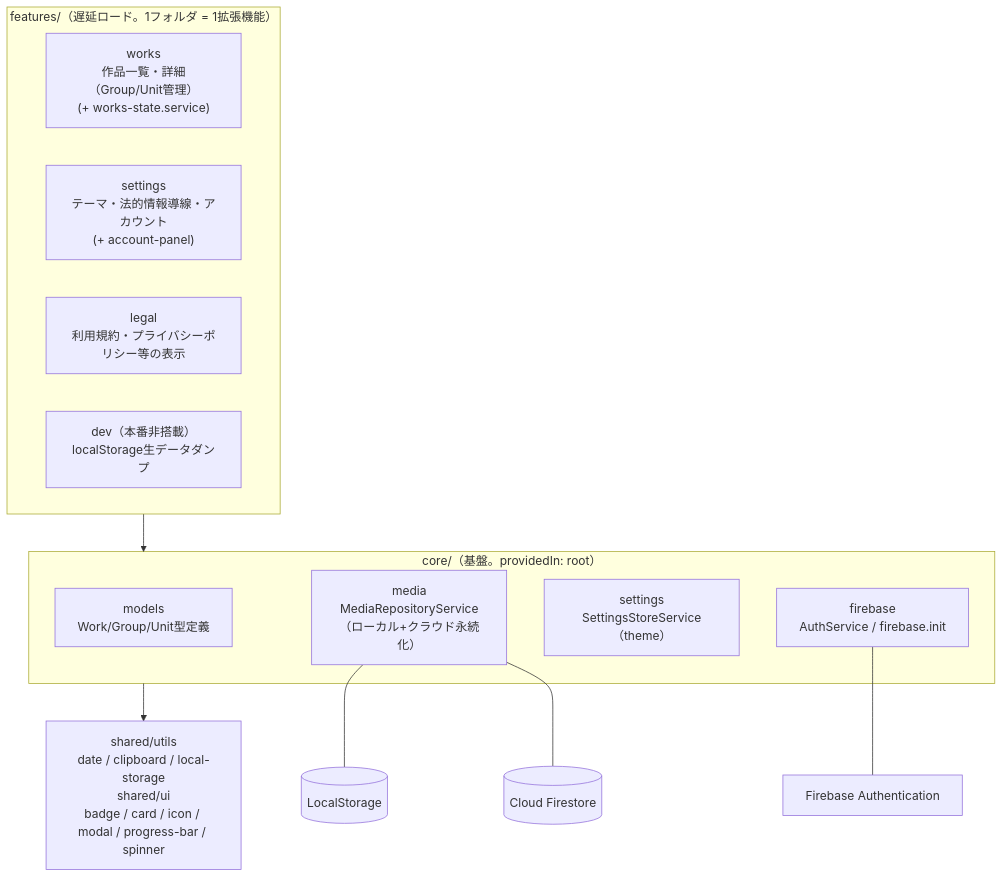
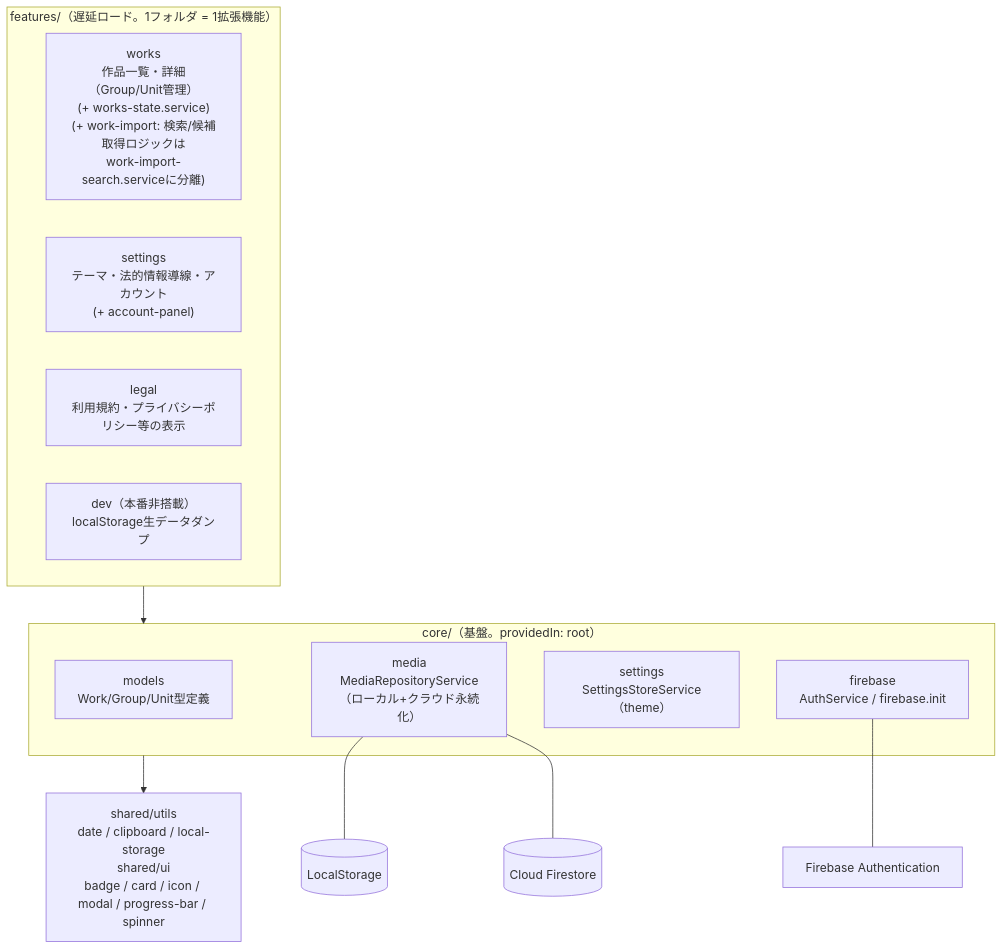
One commit to rmatsuo-jp/media-log changed the first of 4 diagrams in ARCHITECTURE.md. Above: the diagram before and after it, drawn with Mermaid. The commit also changed other lines of this file and 7 other files, not shown here.

First line of the commit message:
refactor: 作品取り込みの検索ロジックをwork-import-search.serviceへ分離

````diff
--- a/ARCHITECTURE.md
+++ b/ARCHITECTURE.md
@@ -17,24 +22,24 @@
 ```mermaid
 graph TD
     subgraph Features["features/（遅延ロード。1フォルダ = 1拡張機能）"]
-        Works["works\n作品一覧・詳細（Group/Unit管理）\n(+ works-state.service)"]
+        Works["works\n作品一覧・詳細（Group/Unit管理）\n(+ works-state.service)\n(+ work-import: 検索/候補取得ロジックは\nwork-import-search.serviceに分離)"]
         Settings["settings\nテーマ・法的情報導線・アカウント\n(+ account-panel)"]
         Legal["legal\n利用規約・プライバシーポリシー等の表示"]
         Dev["dev（本番非搭載）\nlocalStorage生データダンプ"]
     end
 
     subgraph Core["core/（基盤。providedIn: root）"]
         Models["models\nWork/Group/Unit型定義"]
         Media["media\nMediaRepositoryService\n（ローカル+クラウド永続化）"]
         SettingsStore["settings\nSettingsStoreService（theme）"]
         Firebase["firebase\nAuthService / firebase.init"]
     end
 
     Shared["shared/utils\ndate / clipboard / local-storage\nshared/ui\nbadge / card / icon / modal / progress-bar / spinner"]
 
     Features --> Core --> Shared
 
     Media --- LocalStorage[("LocalStorage")]
     Media --- Firestore[("Cloud Firestore")]
     Firebase --- FirebaseAuth["Firebase Authentication"]
 ```
````
